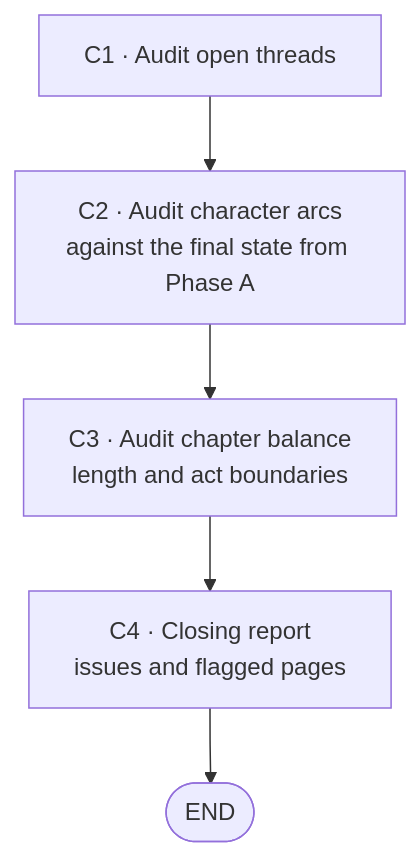
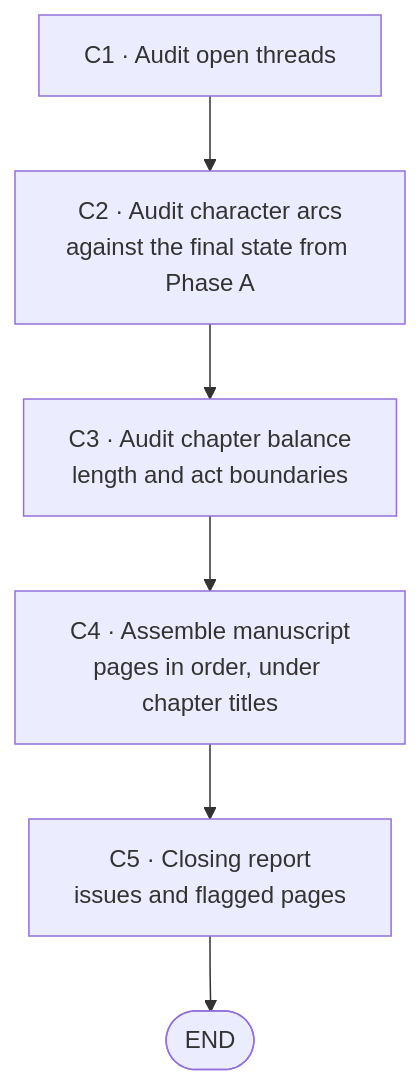
Before and after one commit to Asieribarz/my-story-marker: the third of 4 diagrams in functional_specification_story_agent.md, drawn with Mermaid. The commit also changed other lines of this file and 2 other files, not shown here.

````diff
--- a/functional_specification_story_agent.md
+++ b/functional_specification_story_agent.md
@@ -198,9 +213,10 @@
 ```mermaid
 flowchart TD
     C1["C1 · Audit open threads"]
     C2["C2 · Audit character arcs<br/>against the final state from Phase A"]
     C3["C3 · Audit chapter balance<br/>length and act boundaries"]
-    C4["C4 · Closing report<br/>issues and flagged pages"]
+    C4["C4 · Assemble manuscript<br/>pages in order, under chapter titles"]
+    C5["C5 · Closing report<br/>issues and flagged pages"]
     FIN([END])
-    C1 --> C2 --> C3 --> C4 --> FIN
+    C1 --> C2 --> C3 --> C4 --> C5 --> FIN
 ```
````
